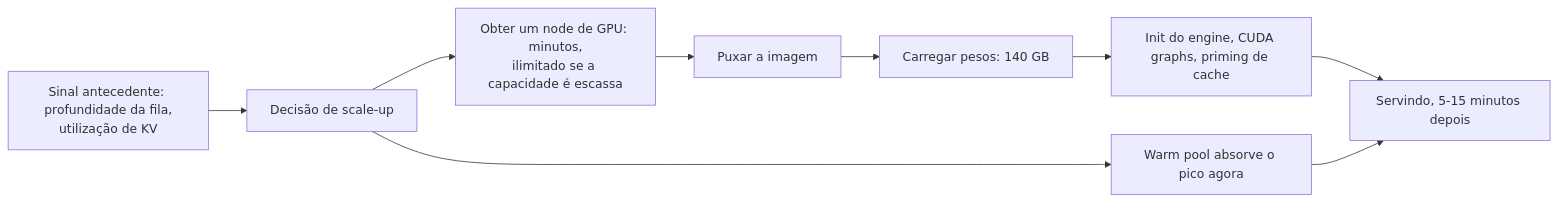
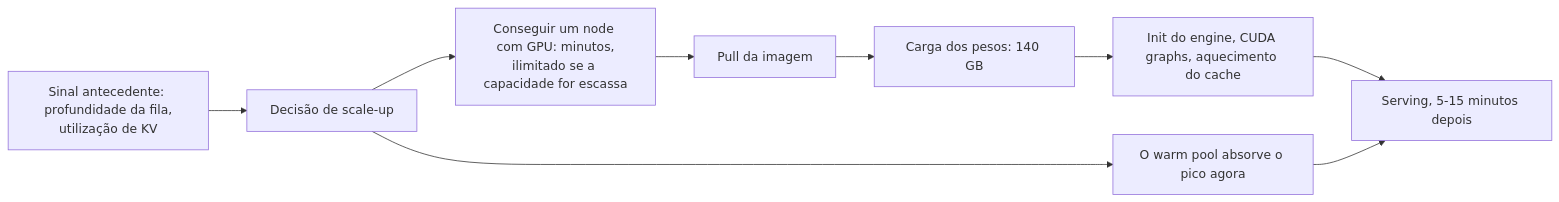
Diagram 18 of 28 in 08-inference-and-production/questions.pt-BR.md (andrevberaldo/AI-Engineer-Interview-Questions), drawn with Mermaid before and after one commit. The commit also changed other lines of this file and 1 other file, not shown here.

````diff
--- a/08-inference-and-production/questions.pt-BR.md
+++ b/08-inference-and-production/questions.pt-BR.md
@@ -1038,9 +1038,9 @@
 ```mermaid
 flowchart LR
     SIG["Sinal antecedente: profundidade da fila,<br/>utilização de KV"] --> DEC["Decisão de scale-up"]
-    DEC --> N["Obter um node de GPU: minutos,<br/>ilimitado se a capacidade é escassa"]
-    N --> IMG["Puxar a imagem"] --> WT["Carregar pesos: 140 GB"] --> WARM["Init do engine, CUDA graphs, priming de cache"]
-    WARM --> SERVE["Servindo, 5-15 minutos depois"]
-    DEC --> POOL["Warm pool absorve o pico agora"]
+    DEC --> N["Conseguir um node com GPU: minutos,<br/>ilimitado se a capacidade for escassa"]
+    N --> IMG["Pull da imagem"] --> WT["Carga dos pesos: 140 GB"] --> WARM["Init do engine, CUDA graphs, aquecimento do cache"]
+    WARM --> SERVE["Serving, 5-15 minutos depois"]
+    DEC --> POOL["O warm pool absorve o pico agora"]
     POOL --> SERVE
 ```
````
